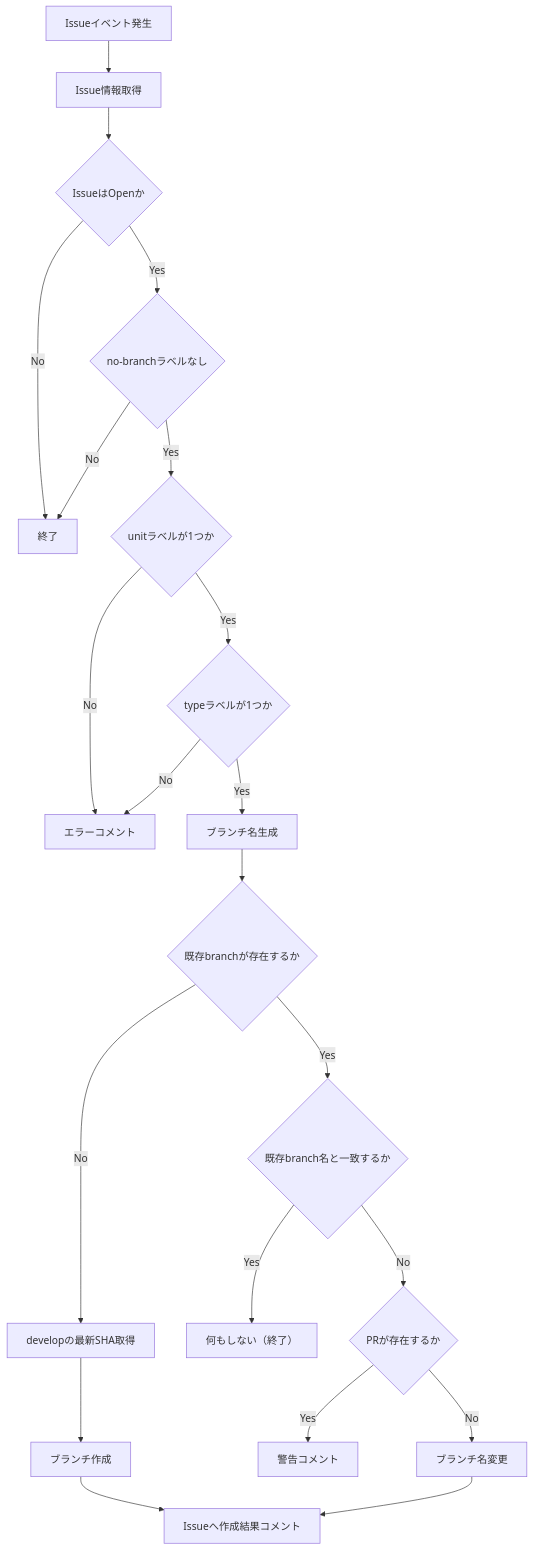
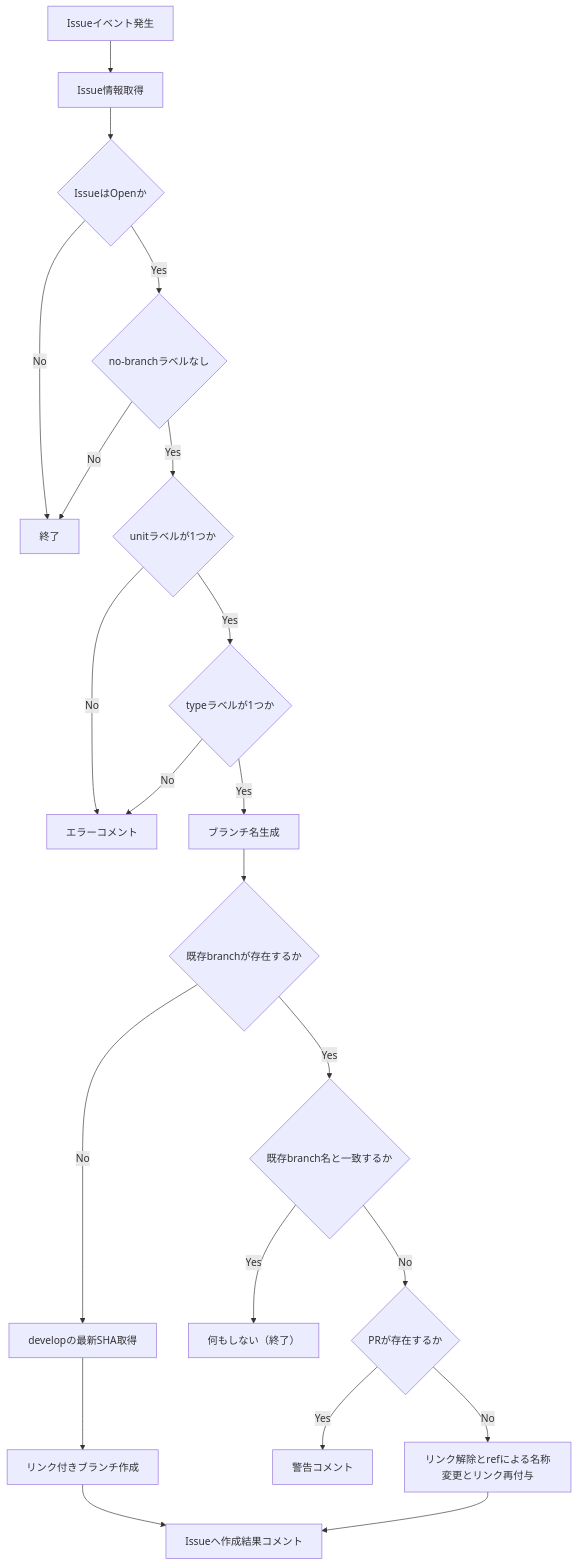
One commit to ryo-chan-k6/GiftRecommendAPP_MVP_CYCLE_3 changed the diagram in docs/00_共通/プロジェクト運用ルール/GitHub Actions仕様書/ブランチ自動作成ワークフロー.md. Above: the diagram before and after it, drawn with Mermaid. The commit also changed other lines of this file and 3 other files, not shown here.

````diff
--- a/docs/00_共通/プロジェクト運用ルール/GitHub Actions仕様書/ブランチ自動作成ワークフロー.md
+++ b/docs/00_共通/プロジェクト運用ルール/GitHub Actions仕様書/ブランチ自動作成ワークフロー.md
@@ -123,26 +150,26 @@
 ```mermaid
 flowchart TD
     A[Issueイベント発生] --> B[Issue情報取得]
     B --> C{IssueはOpenか}
     C -- No --> Z[終了]
     C -- Yes --> D{no-branchラベルなし}
     D -- No --> Z
     D -- Yes --> E{unitラベルが1つか}
     E -- No --> X[エラーコメント]
     E -- Yes --> F{typeラベルが1つか}
     F -- No --> X
     F -- Yes --> G[ブランチ名生成]
     G --> H{既存branchが存在するか}
 
     H -- No --> J[developの最新SHA取得]
-    J --> K[ブランチ作成]
+    J --> K[リンク付きブランチ作成]
     K --> L[Issueへ作成結果コメント]
 
     H -- Yes --> M{既存branch名と一致するか}
     M -- Yes --> N[何もしない（終了）]
 
     M -- No --> O{PRが存在するか}
     O -- Yes --> P[警告コメント]
-    O -- No --> Q[ブランチ名変更]
+    O -- No --> Q[リンク解除とrefによる名称変更とリンク再付与]
     Q --> L
 ```
````
